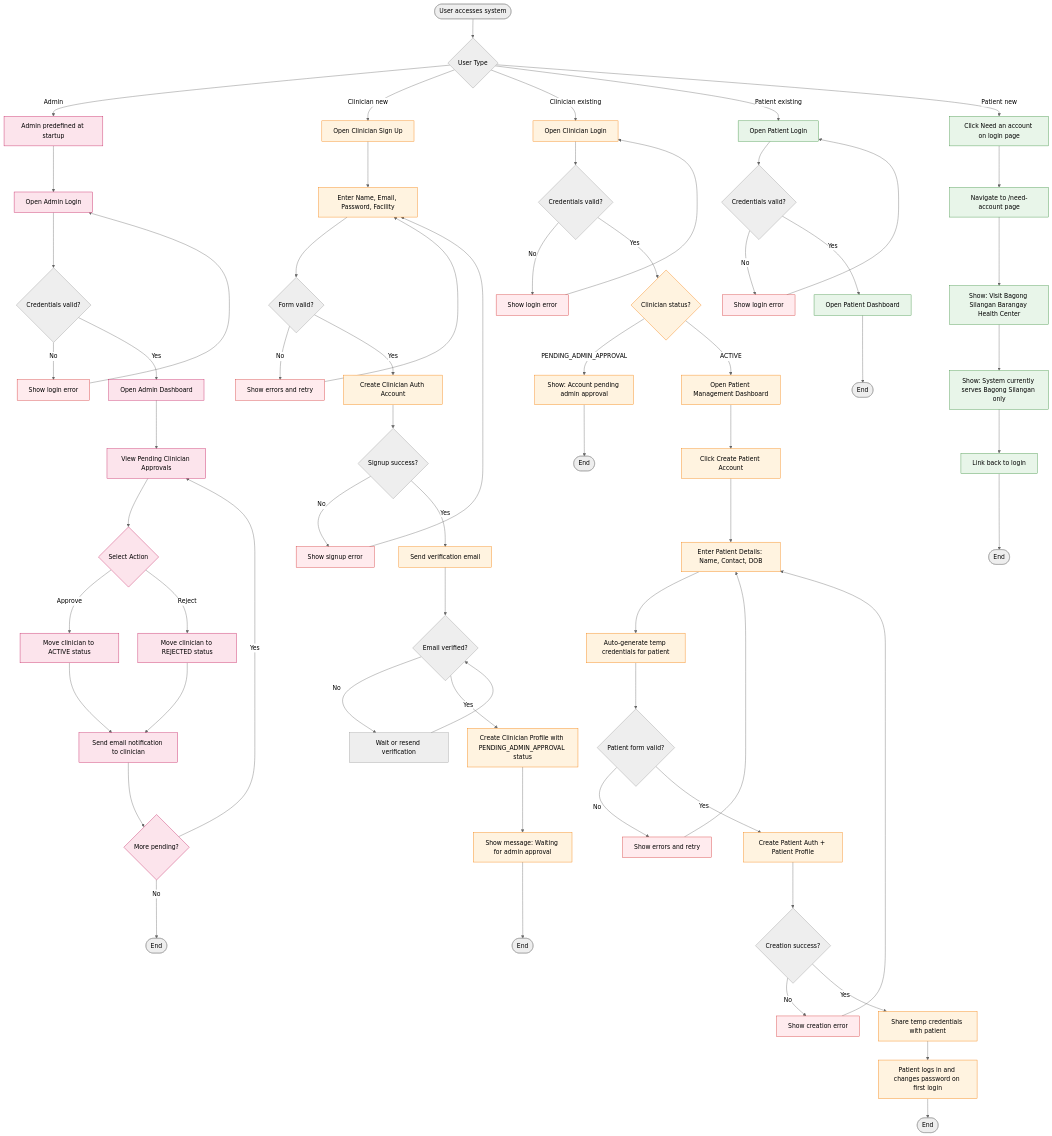
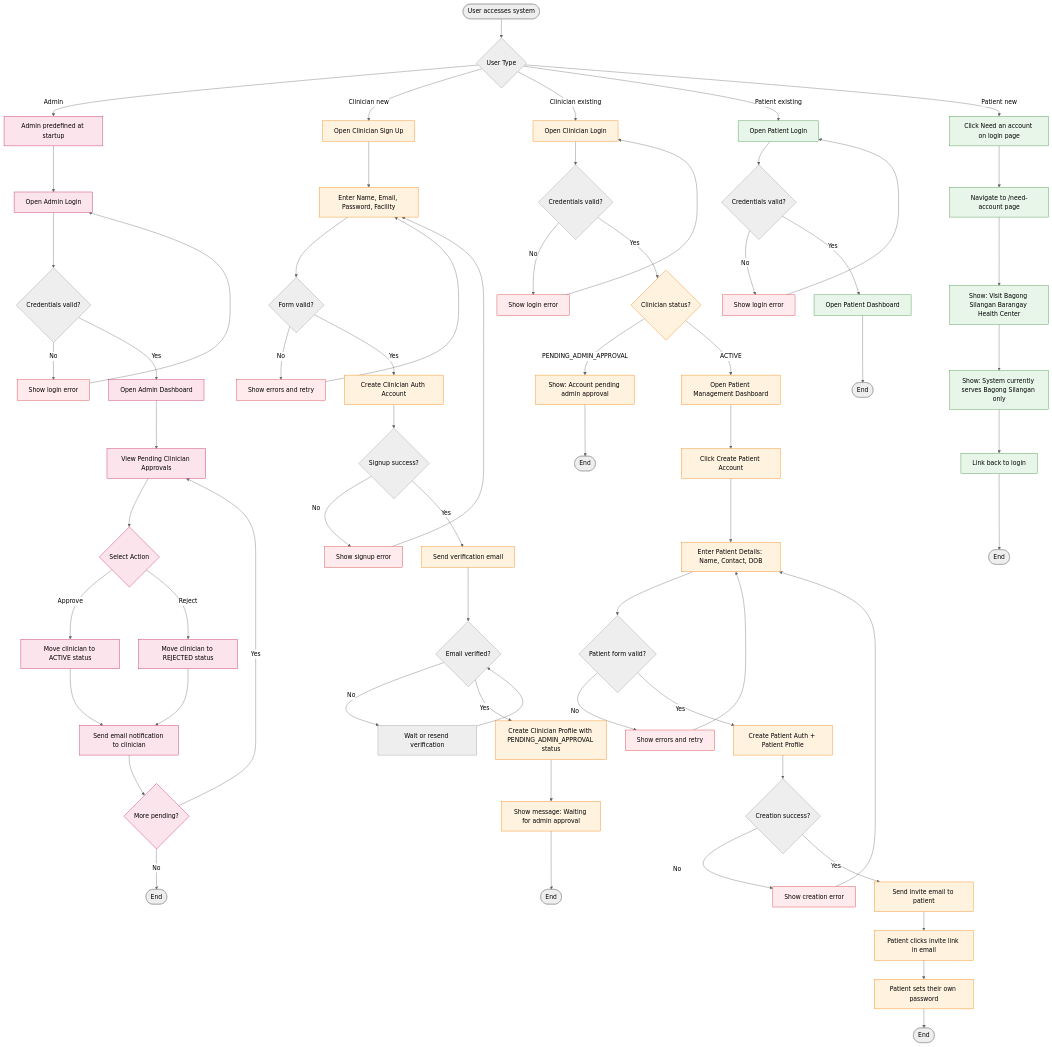
One commit to notlath/aill-be-sick changed the diagram in docs/ACCOUNT_CREATION_FLOWCHART.md. Above: the diagram before and after it, drawn with Mermaid (neutral theme). The commit also changed other lines of this file and 4 other files, not shown here.

First line of the commit message:
feat(patient): replace temp passwords with invite-based account creation

````diff
--- a/docs/ACCOUNT_CREATION_FLOWCHART.md
+++ b/docs/ACCOUNT_CREATION_FLOWCHART.md
@@ -67,17 +67,17 @@
     %% ========== PATIENT CREATION BY CLINICIAN ==========
     PatientDashboard --> ClickCreatePatient[Click Create Patient Account]
     ClickCreatePatient --> EnterPatientDetails[Enter Patient Details: Name, Contact, DOB]
-    EnterPatientDetails --> AutoGenCredentials[Auto-generate temp credentials for patient]
-    AutoGenCredentials --> PatientFormValid{Patient form valid?}
+    EnterPatientDetails --> PatientFormValid{Patient form valid?}
     PatientFormValid -->|No| ShowPatientFormErrors[Show errors and retry]
     ShowPatientFormErrors --> EnterPatientDetails
     PatientFormValid -->|Yes| CreatePatientAccount[Create Patient Auth + Patient Profile]
     CreatePatientAccount --> PatientCreationSuccess{Creation success?}
     PatientCreationSuccess -->|No| ShowCreationError[Show creation error]
     ShowCreationError --> EnterPatientDetails
-    PatientCreationSuccess -->|Yes| ShareCredentials[Share temp credentials with patient]
-    ShareCredentials --> PatientFirstLogin[Patient logs in and changes password on first login]
-    PatientFirstLogin --> PatientCreationEnd([End])
+    PatientCreationSuccess -->|Yes| SendInviteEmail[Send invite email to patient]
+    SendInviteEmail --> PatientClicksLink[Patient clicks invite link in email]
+    PatientClicksLink --> PatientSetsPassword[Patient sets their own password]
+    PatientSetsPassword --> PatientCreationEnd([End])
 
     %% ========== PATIENT EXISTING PATH ==========
     UserType -->|Patient existing| PatientLogin[Open Patient Login]
@@ -104,7 +104,7 @@
 
     %% Apply styles to nodes
     class AdminPredefined,AdminLogin,AdminDashboard,ViewPending,AdminAction,ApproveClinician,RejectClinician,SendNotification,MorePending adminNode
-    class ClinicianSignUp,EnterDetails,CreateAuth,SendVerification,CreateProfile,ShowPendingMessage,ClinicianLogin,ClinicianStatus,ShowPendingApproval,PatientDashboard,ClickCreatePatient,EnterPatientDetails,AutoGenCredentials,CreatePatientAccount,ShareCredentials,PatientFirstLogin clinicianNode
+    class ClinicianSignUp,EnterDetails,CreateAuth,SendVerification,CreateProfile,ShowPendingMessage,ClinicianLogin,ClinicianStatus,ShowPendingApproval,PatientDashboard,ClickCreatePatient,EnterPatientDetails,CreatePatientAccount,SendInviteEmail,PatientClicksLink,PatientSetsPassword clinicianNode
     class PatientLogin,PatientDashboardView,ClickNeedAccount,NavigateNeedAccount,ShowVisitHealthCenter,ShowServiceArea,LinkBackLogin patientNode
     class AdminLoginError,ShowFormErrors,ShowSignupError,ClinicianLoginError,ShowPatientFormErrors,ShowCreationError,PatientLoginError errorNode
 ```
````
